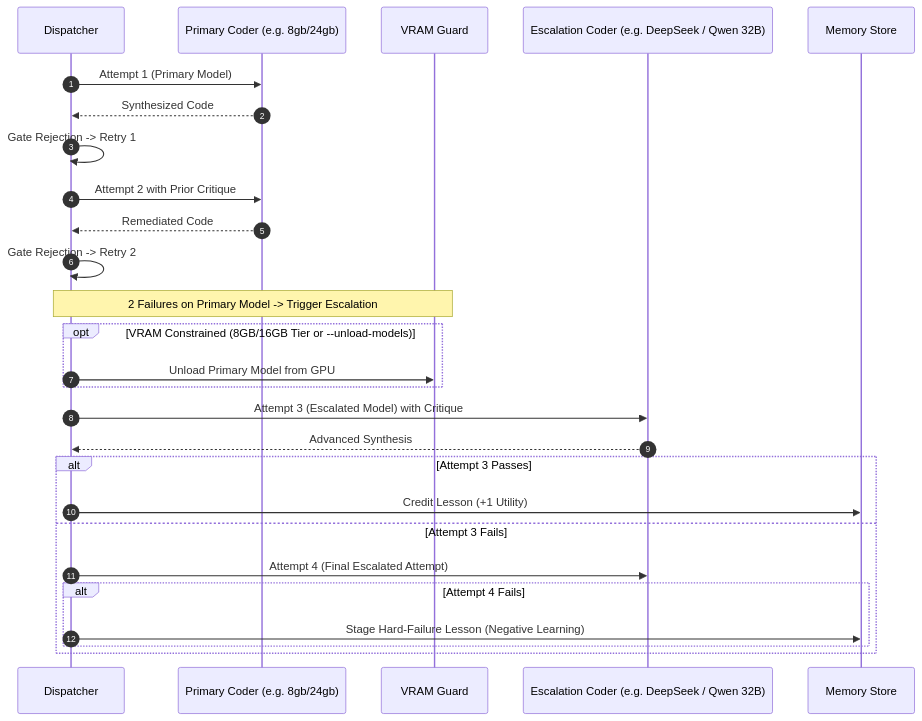
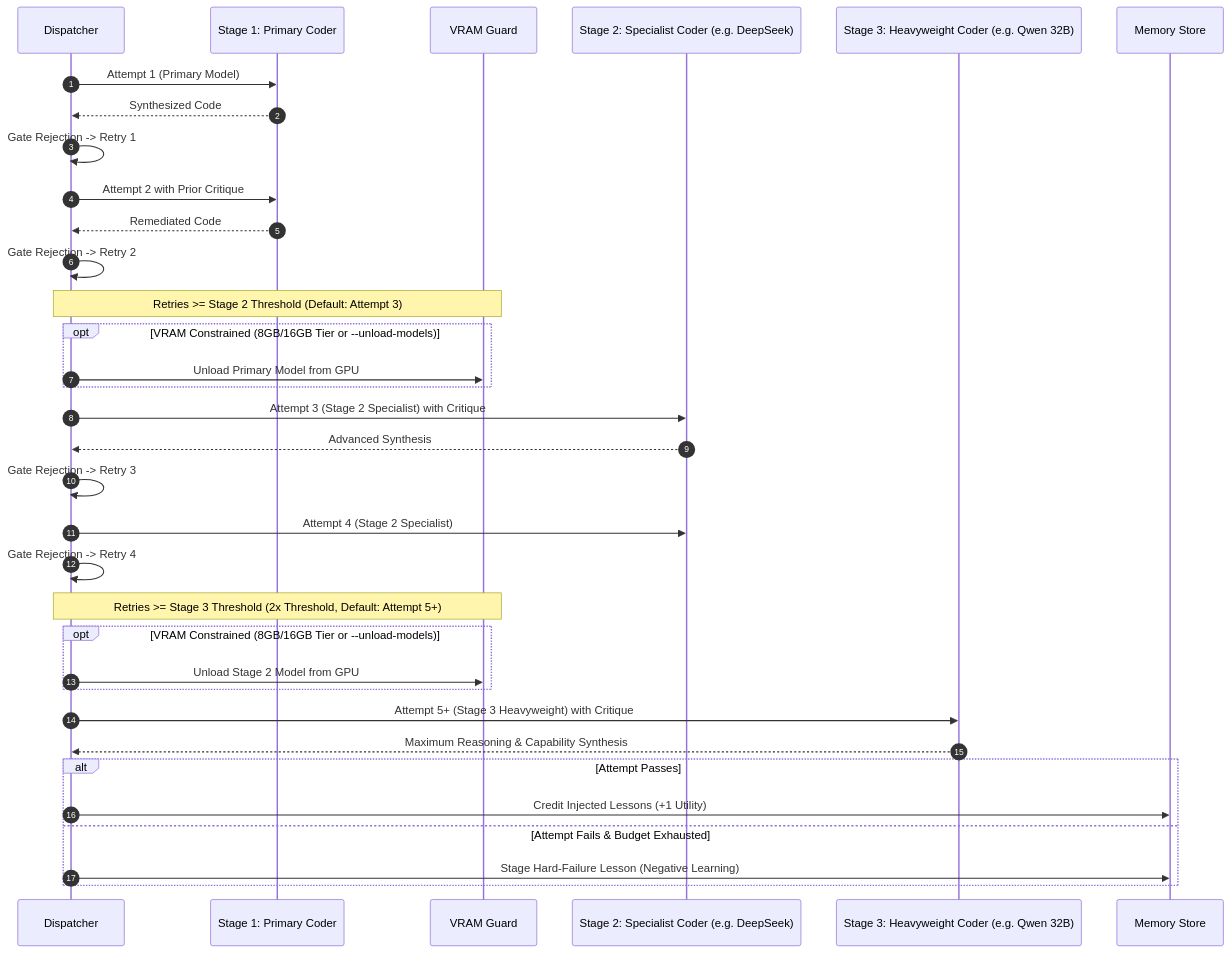
Before and after one commit to gpanula/local-ai: the second of 2 diagrams in docs/pipeline_retry_budget_and_escalation.md, drawn with Mermaid. The commit also changed other lines of this file and 4 other files, not shown here.

Commit message:
✨ [pipeline]: add configurable escalation threshold and stage 3 model cascade

````diff
--- a/docs/pipeline_retry_budget_and_escalation.md
+++ b/docs/pipeline_retry_budget_and_escalation.md
@@ -56,32 +56,41 @@
 ```mermaid
 sequenceDiagram
     autonumber
     participant D as Dispatcher
-    participant P as Primary Coder (e.g. 8gb/24gb)
+    participant P as Stage 1: Primary Coder
     participant V as VRAM Guard
-    participant E as Escalation Coder (e.g. DeepSeek / Qwen 32B)
+    participant E2 as Stage 2: Specialist Coder (e.g. DeepSeek)
+    participant E3 as Stage 3: Heavyweight Coder (e.g. Qwen 32B)
     participant M as Memory Store
 
     D->>P: Attempt 1 (Primary Model)
     P-->>D: Synthesized Code
     D->>D: Gate Rejection -> Retry 1
     D->>P: Attempt 2 with Prior Critique
     P-->>D: Remediated Code
     D->>D: Gate Rejection -> Retry 2
 
-    Note over D,V: 2 Failures on Primary Model -> Trigger Escalation
+    Note over D,V: Retries >= Stage 2 Threshold (Default: Attempt 3)
     opt VRAM Constrained (8GB/16GB Tier or --unload-models)
         D->>V: Unload Primary Model from GPU
     end
 
-    D->>E: Attempt 3 (Escalated Model) with Critique
-    E-->>D: Advanced Synthesis
-    alt Attempt 3 Passes
-        D->>M: Credit Lesson (+1 Utility)
-    else Attempt 3 Fails
-        D->>E: Attempt 4 (Final Escalated Attempt)
-        alt Attempt 4 Fails
-            D->>M: Stage Hard-Failure Lesson (Negative Learning)
-        end
+    D->>E2: Attempt 3 (Stage 2 Specialist) with Critique
+    E2-->>D: Advanced Synthesis
+    D->>D: Gate Rejection -> Retry 3
+    D->>E2: Attempt 4 (Stage 2 Specialist)
+    D->>D: Gate Rejection -> Retry 4
+
+    Note over D,V: Retries >= Stage 3 Threshold (2x Threshold, Default: Attempt 5+)
+    opt VRAM Constrained (8GB/16GB Tier or --unload-models)
+        D->>V: Unload Stage 2 Model from GPU
+    end
+
+    D->>E3: Attempt 5+ (Stage 3 Heavyweight) with Critique
+    E3-->>D: Maximum Reasoning & Capability Synthesis
+    alt Attempt Passes
+        D->>M: Credit Injected Lessons (+1 Utility)
+    else Attempt Fails & Budget Exhausted
+        D->>M: Stage Hard-Failure Lesson (Negative Learning)
     end
 ```
````
